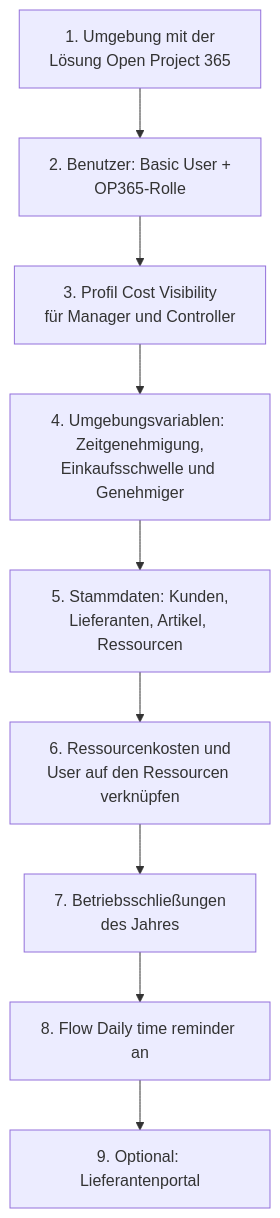
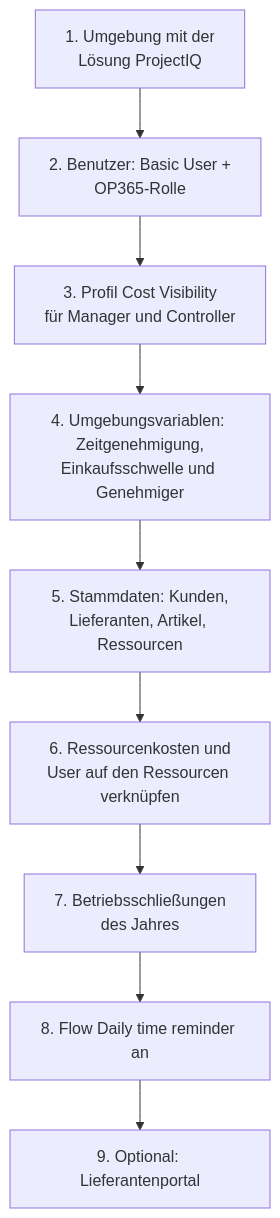
One commit to Power-Builders-Italia/ProjectIQ changed the first of 2 diagrams in docs/de/administration.md. Above: the diagram before and after it, drawn with Mermaid. The commit also changed other lines of this file and 84 other files, not shown here.

First line of the commit message:
Rebrand product from Open Project 365 to ProjectIQ (#52)

````diff
--- a/docs/de/administration.md
+++ b/docs/de/administration.md
@@ -12,11 +12,11 @@
 ```mermaid
 flowchart TD
-    A[1. Umgebung mit der<br/>Lösung Open Project 365] --> B[2. Benutzer: Basic User +<br/>OP365-Rolle]
+    A[1. Umgebung mit der<br/>Lösung ProjectIQ] --> B[2. Benutzer: Basic User +<br/>OP365-Rolle]
     B --> C[3. Profil Cost Visibility<br/>für Manager und Controller]
     C --> D[4. Umgebungsvariablen: Zeitgenehmigung,<br/>Einkaufsschwelle und Genehmiger]
     D --> E[5. Stammdaten: Kunden,<br/>Lieferanten, Artikel, Ressourcen]
     E --> F[6. Ressourcenkosten und<br/>User auf den Ressourcen verknüpfen]
     F --> G[7. Betriebsschließungen<br/>des Jahres]
     G --> H[8. Flow Daily time reminder an]
     H --> I[9. Optional: Lieferantenportal]
 ```
````
